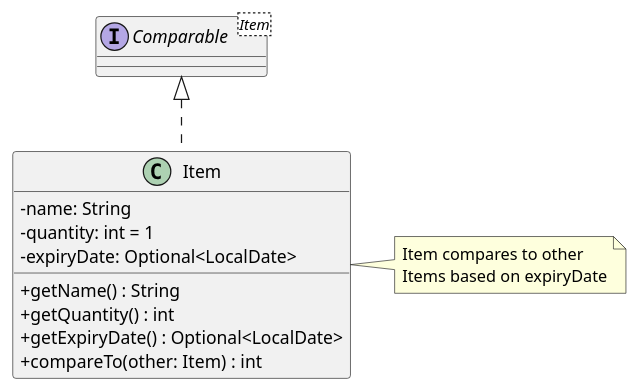
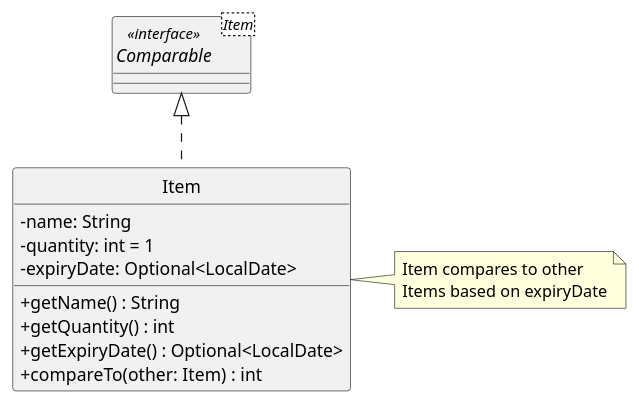
The diagram in docs/diagrams/Item-ClassDiagram.puml (yijiano/tp), drawn with PlantUML before and after one commit. The commit also changed 4 other files, not shown here.

Commit message:
Remove circular icons in class diagram

```diff
--- a/docs/diagrams/Item-ClassDiagram.puml
+++ b/docs/diagrams/Item-ClassDiagram.puml
@@ -1,21 +1,22 @@
 @startuml
 
 skinparam classAttributeIconSize 0
+hide circles
 
-interface Comparable<Item>
+interface Comparable<Item> << interface >>
 Comparable <|-[dashed]- Item
 
 class Item {
     - name: String
     - quantity: int = 1
     - expiryDate: Optional<LocalDate>
 
     + getName() : String
     + getQuantity() : int
     + getExpiryDate() : Optional<LocalDate>
     + compareTo(other: Item) : int
 }
 
 note right of Item : Item compares to other \nItems based on expiryDate
 
 @enduml
```
